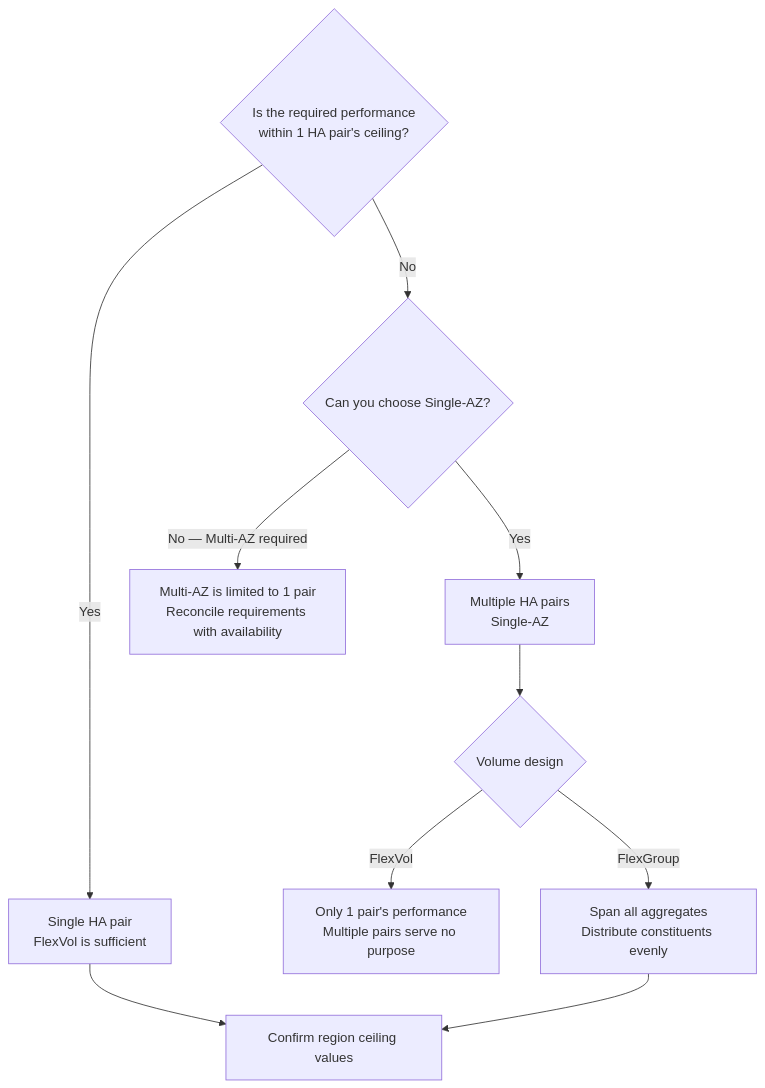
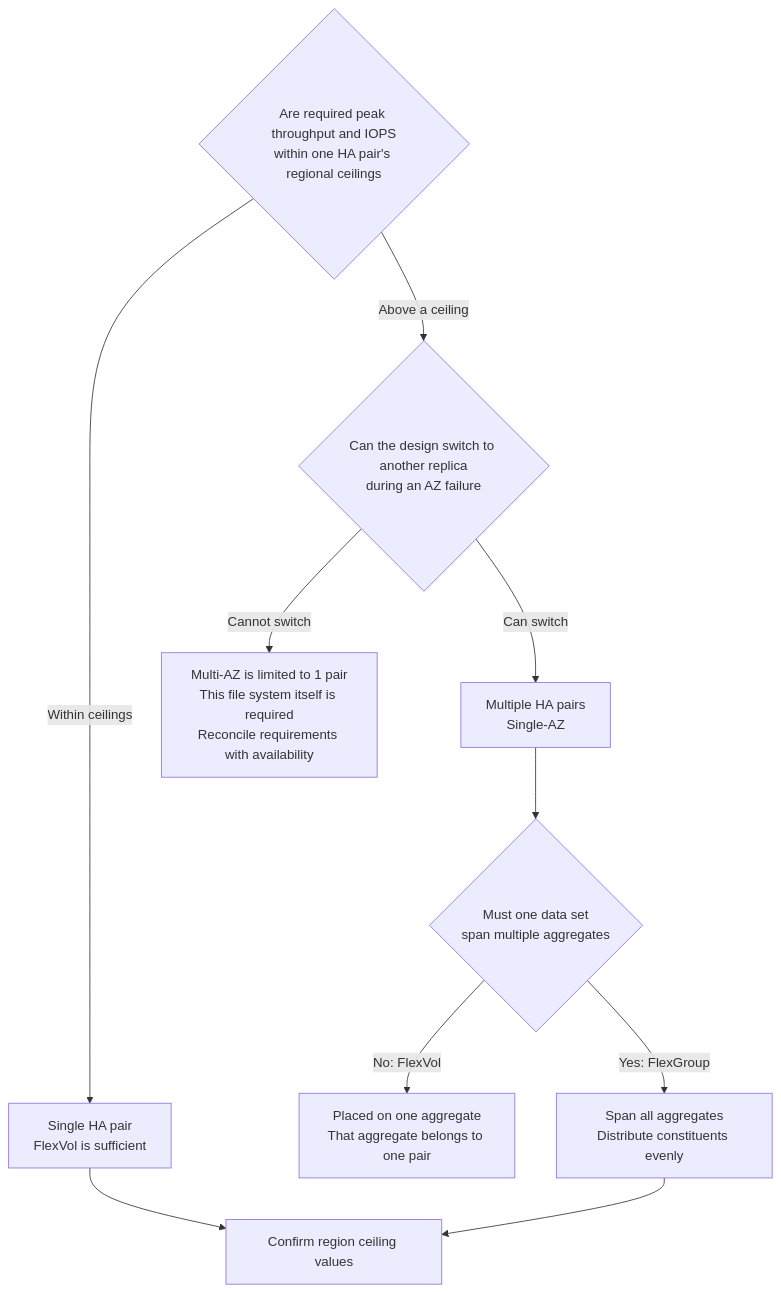
One commit to Yoshiki0705/FSx-for-ONTAP-Adoption-Playbook changed the diagram in docs/en/domains/performance/notes/where-throughput-is-determined-and-shared.md. Above: the diagram before and after it, drawn with Mermaid. The commit also changed other lines of this file and 257 other files, not shown here.

````diff
--- a/docs/en/domains/performance/notes/where-throughput-is-determined-and-shared.md
+++ b/docs/en/domains/performance/notes/where-throughput-is-determined-and-shared.md
@@ -150,15 +168,15 @@
 ```mermaid
 graph TD
-    Q{Is the required performance<br/>within 1 HA pair's ceiling?} -->|Yes| ONE[Single HA pair<br/>FlexVol is sufficient]
-    Q -->|No| MULTI{Can you choose Single-AZ?}
+    Q{Are required peak throughput and IOPS<br/>within one HA pair's regional ceilings} -->|Within ceilings| ONE[Single HA pair<br/>FlexVol is sufficient]
+    Q -->|Above a ceiling| MULTI{Can the design switch to another replica<br/>during an AZ failure}
 
-    MULTI -->|Yes| MP[Multiple HA pairs<br/>Single-AZ]
-    MULTI -->|No — Multi-AZ required| CAP[Multi-AZ is limited to 1 pair<br/>Reconcile requirements with availability]
+    MULTI -->|Can switch| MP[Multiple HA pairs<br/>Single-AZ]
+    MULTI -->|Cannot switch| CAP[Multi-AZ is limited to 1 pair<br/>This file system itself is required<br/>Reconcile requirements with availability]
 
-    MP --> VOL{Volume design}
-    VOL -->|FlexVol| WARN[Only 1 pair's performance<br/>Multiple pairs serve no purpose]
-    VOL -->|FlexGroup| BAL[Span all aggregates<br/>Distribute constituents evenly]
+    MP --> VOL{Must one data set<br/>span multiple aggregates}
+    VOL -->|No: FlexVol| WARN[Placed on one aggregate<br/>That aggregate belongs to one pair]
+    VOL -->|Yes: FlexGroup| BAL[Span all aggregates<br/>Distribute constituents evenly]
 
     ONE --> REG[Confirm region ceiling values]
     BAL --> REG
 ```
````
